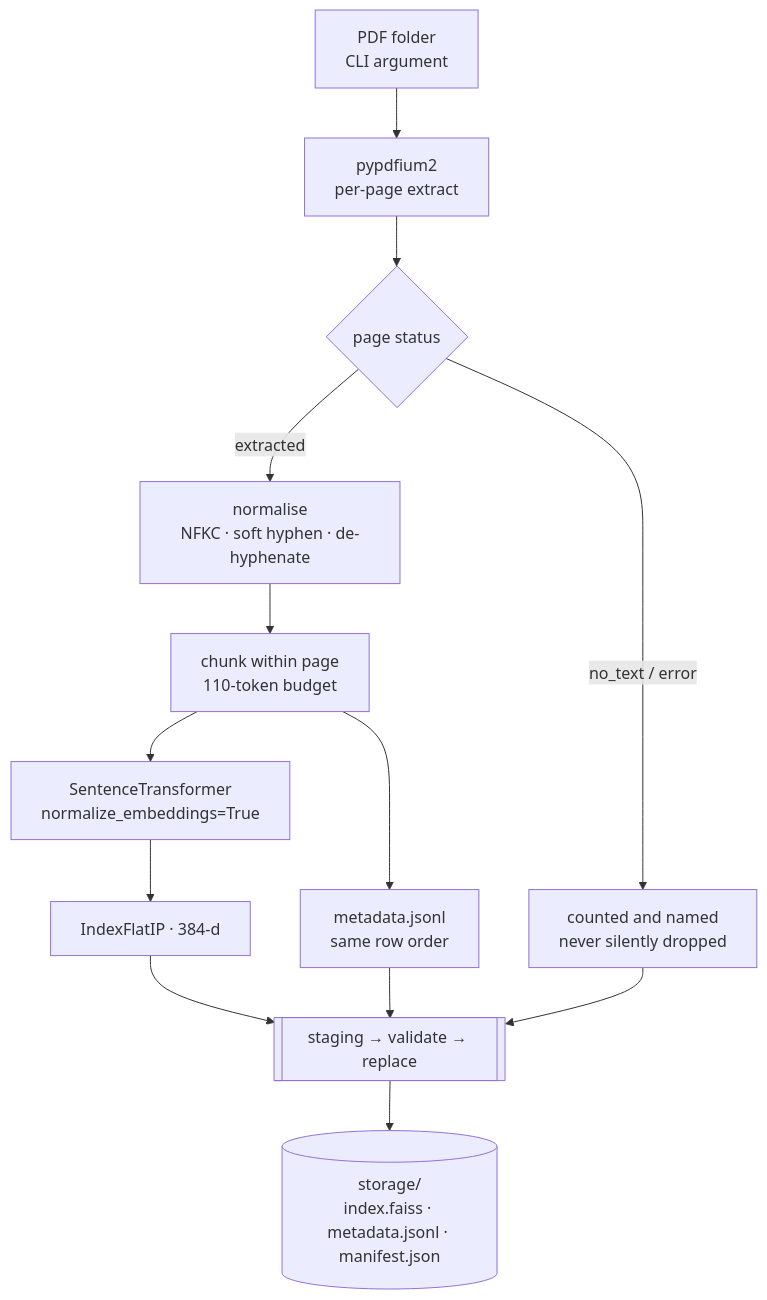
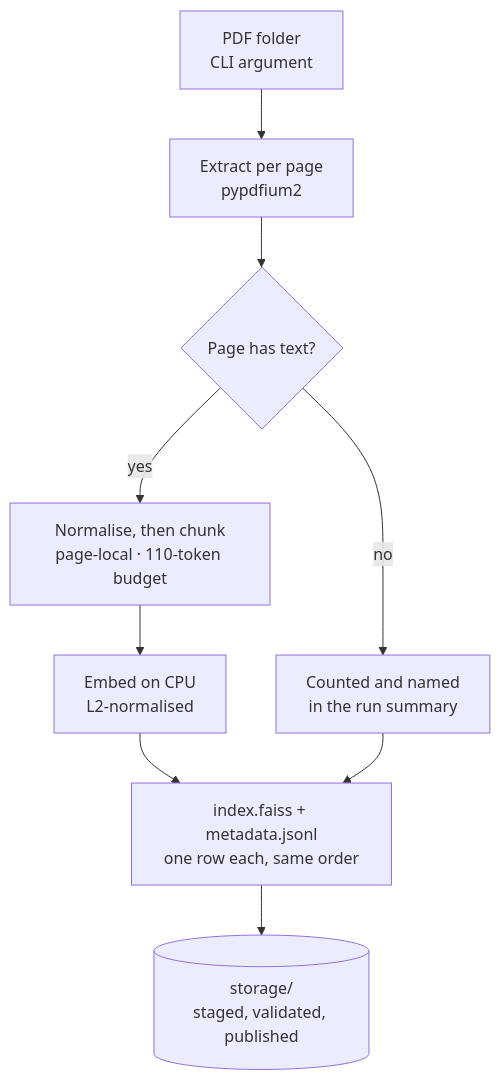
Before and after one commit to soneeee22000/pdf-search-api: the first of 3 diagrams in README.md, drawn with Mermaid. The commit also changed other lines of this file, not shown here.

Commit message:
docs: compact the pipeline diagrams
Top-down fixed the unreadable labels but made the ingestion flow several
screens tall, most of it whitespace. Fewer nodes with shorter labels reads
at a glance in either orientation, which is what the diagram is for.

````diff
--- a/README.md
+++ b/README.md
@@ -190,15 +190,11 @@
 ```mermaid
 flowchart TD
-  A[PDF folder<br/>CLI argument] --> B[pypdfium2<br/>per-page extract]
-  B --> C{page status}
-  C -->|extracted| D["normalise<br/>NFKC · soft hyphen · de-hyphenate"]
-  C -->|no_text / error| R[counted and named<br/>never silently dropped]
-  D --> E[chunk within page<br/>110-token budget]
-  E --> F["SentenceTransformer<br/>normalize_embeddings=True"]
-  F --> G["IndexFlatIP · 384-d"]
-  E --> H["metadata.jsonl<br/>same row order"]
-  G --> I[["staging → validate → replace"]]
-  H --> I
-  R --> I
-  I --> J[("storage/<br/>index.faiss · metadata.jsonl · manifest.json")]
+  A["PDF folder<br/>CLI argument"] --> B["Extract per page<br/>pypdfium2"]
+  B --> C{"Page has text?"}
+  C -->|no| R["Counted and named<br/>in the run summary"]
+  C -->|yes| D["Normalise, then chunk<br/>page-local · 110-token budget"]
+  D --> E["Embed on CPU<br/>L2-normalised"]
+  E --> F["index.faiss + metadata.jsonl<br/>one row each, same order"]
+  R --> F
+  F --> G[("storage/<br/>staged, validated, published")]
 ```
````
